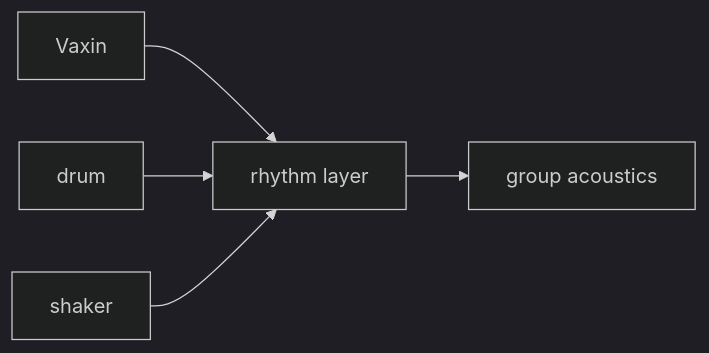
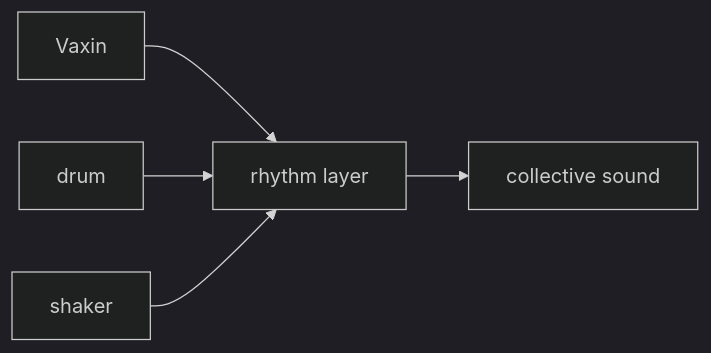
One commit to monumental-movement/monumental-movement.github.io changed the first of 2 diagrams in en/_posts/2026-02-06-column-haiti-rara.md. Above: the diagram before and after it, drawn with Mermaid (dark theme). The commit also changed other lines of this file and 371 other files, not shown here.

```diff
--- a/en/_posts/2026-02-06-column-haiti-rara.md
+++ b/en/_posts/2026-02-06-column-haiti-rara.md
@@ -77,7 +77,7 @@
 <div class="mermaid">
 flowchart LR
 A[Vaxin] --> B[rhythm layer]
 C[drum] --> B
 D[shaker] --> B
-B --> E[group acoustics]
+B --> E[collective sound]
 </div>
```
